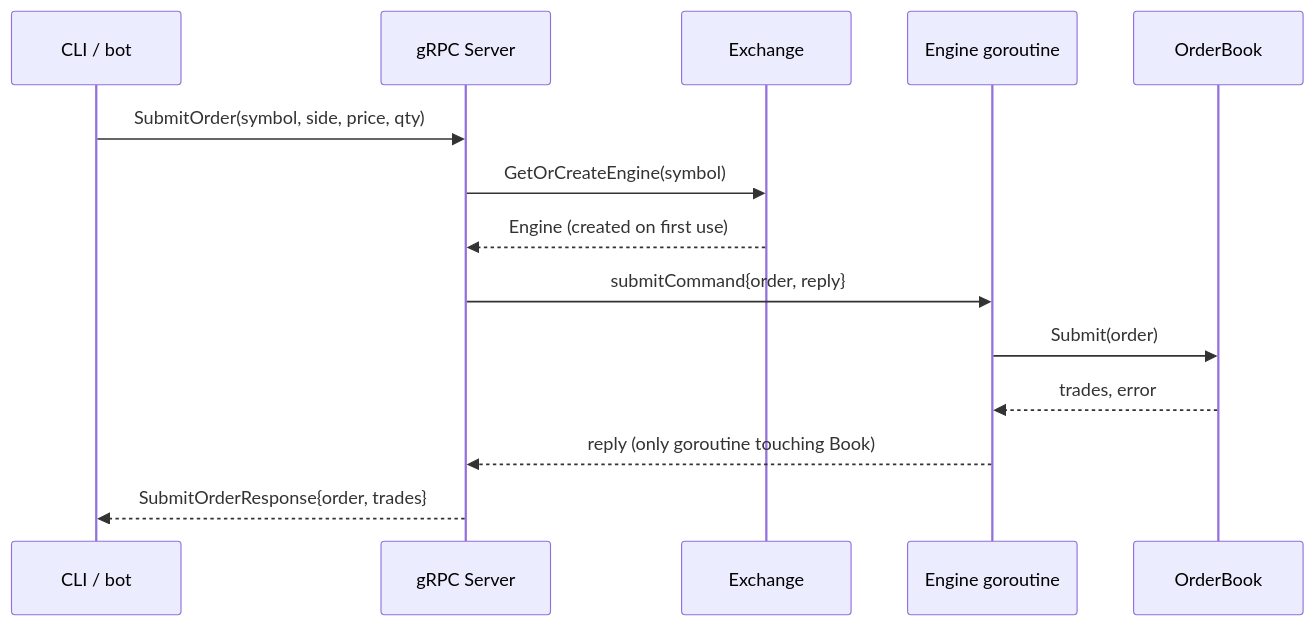
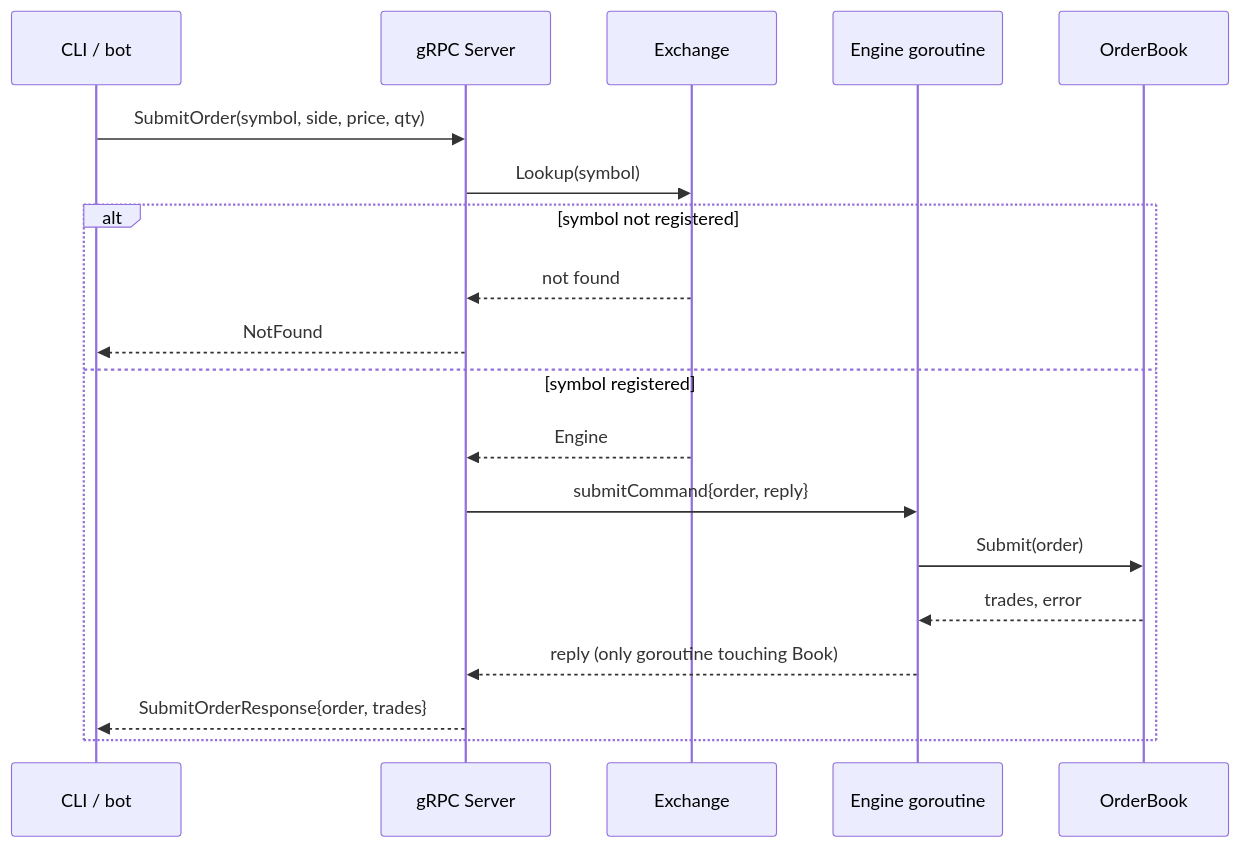
The second of 7 diagrams in docs/ARCHITECTURE.md (guilhermemcandido/janus), drawn with Mermaid before and after one commit. The commit also changed other lines of this file and 2 other files, not shown here.

Commit message:
Trim self-justifying phrasing and fix a stale request-flow diagram
Dropped "not just X, but Y" pitch-style flourishes from the README's
opening line and a couple of ARCHITECTURE.md sections, and a
self-justifying aside on the OCaml port in TODO.md - stating facts
directly instead of arguing for them.

Also fixed real staleness caught in review: the Request flow diagram
and two prose mentions in ARCHITECTURE.md still described the old
GetOrCreateEngine behavior (an Engine created lazily on first order).
Registration is explicit now - Lookup never creates one - so the
diagram gained a not-registered branch and the prose was corrected to
match Exchange's actual Register/Lookup split.

````diff
--- a/docs/ARCHITECTURE.md
+++ b/docs/ARCHITECTURE.md
@@ -193,17 +193,22 @@
 ```mermaid
 sequenceDiagram
     participant Caller as CLI / bot
     participant Server as gRPC Server
     participant Exchange
     participant Engine as Engine goroutine
     participant Book as OrderBook
 
     Caller->>Server: SubmitOrder(symbol, side, price, qty)
-    Server->>Exchange: GetOrCreateEngine(symbol)
-    Exchange-->>Server: Engine (created on first use)
-    Server->>Engine: submitCommand{order, reply}
-    Engine->>Book: Submit(order)
-    Book-->>Engine: trades, error
-    Engine-->>Server: reply (only goroutine touching Book)
-    Server-->>Caller: SubmitOrderResponse{order, trades}
+    Server->>Exchange: Lookup(symbol)
+    alt symbol not registered
+        Exchange-->>Server: not found
+        Server-->>Caller: NotFound
+    else symbol registered
+        Exchange-->>Server: Engine
+        Server->>Engine: submitCommand{order, reply}
+        Engine->>Book: Submit(order)
+        Book-->>Engine: trades, error
+        Engine-->>Server: reply (only goroutine touching Book)
+        Server-->>Caller: SubmitOrderResponse{order, trades}
+    end
 ```
````
